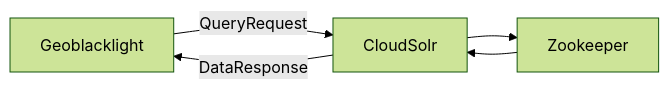
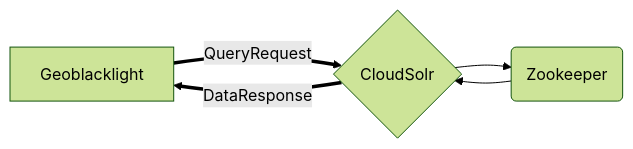
The diagram in README.md (ualibraries/ual-geoblacklight), drawn with Mermaid (forest theme) before and after one commit.

Commit message:
Update Mermaid

````diff
--- a/README.md
+++ b/README.md
@@ -11,7 +11,9 @@
 ```mermaid
   graph LR;
-      Geoblacklight-->|QueryRequest|CloudSolr;
-      CloudSolr-->Zookeeper;
-      Zookeeper-->CloudSolr;
-      CloudSolr-->|DataResponse|Geoblacklight;
+      
+      
+      A[Geoblacklight]==>|QueryRequest|B{CloudSolr};
+      B{CloudSolr}-->D(Zookeeper);
+      D(Zookeeper)-->B{CloudSolr};
+      B{CloudSolr}==>|DataResponse|A[Geoblacklight];
 ```
````
